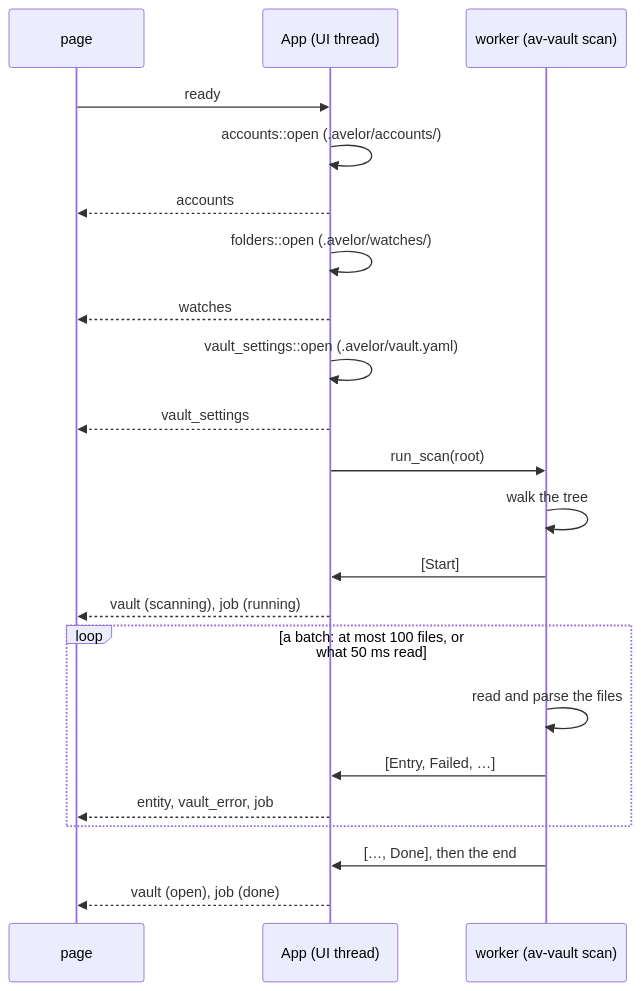
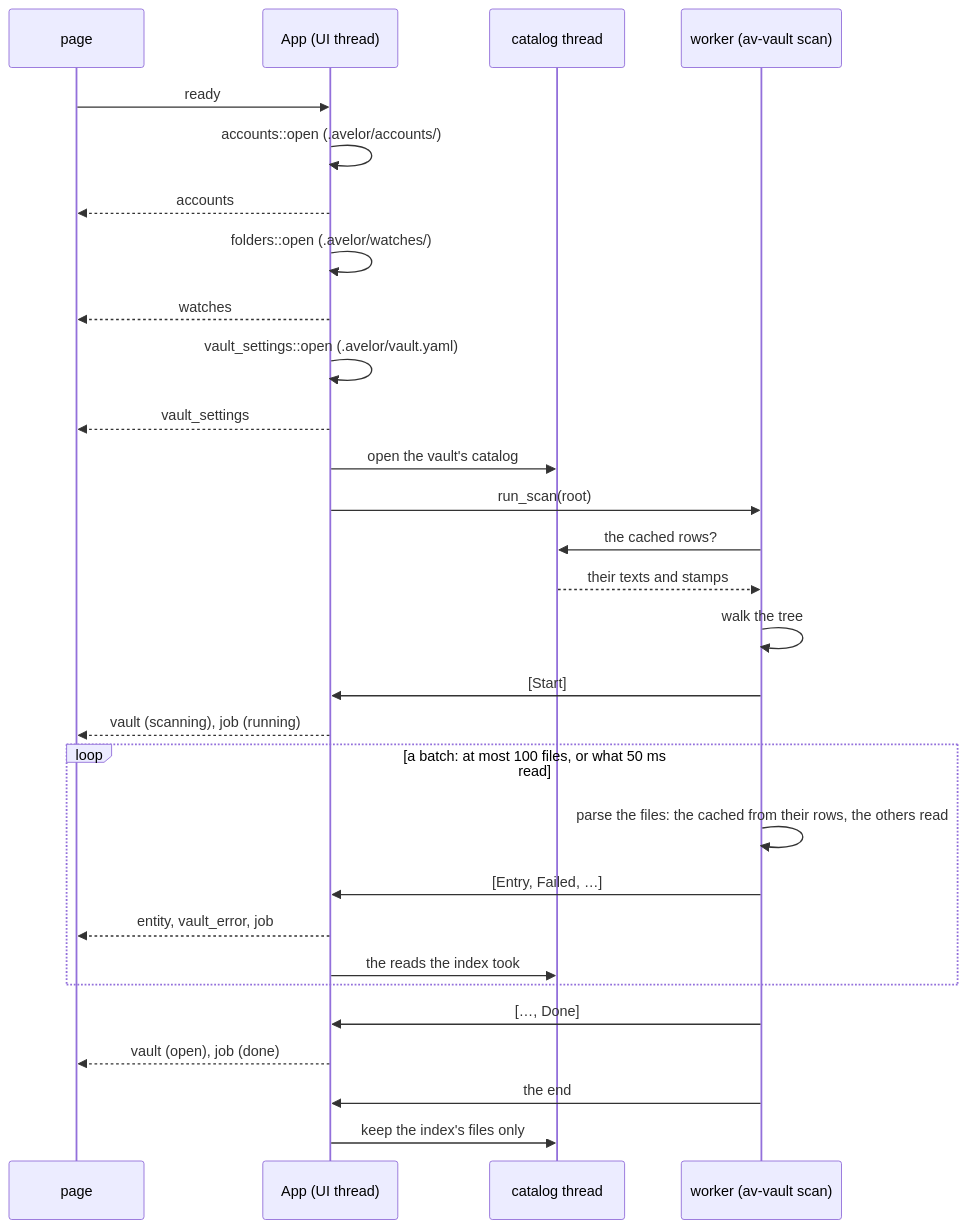
One commit to steschu77/avelor changed the diagram in docs/vault.md. Above: the diagram before and after it, drawn with Mermaid. The commit also changed other lines of this file and 16 other files, not shown here.

````diff
--- a/docs/vault.md
+++ b/docs/vault.md
@@ -775,24 +780,31 @@
 ```mermaid
 sequenceDiagram
     participant P as page
     participant S as App (UI thread)
+    participant C as catalog thread
     participant W as worker (av-vault scan)
     P->>S: ready
     S->>S: accounts::open (.avelor/accounts/)
     S-->>P: accounts
     S->>S: folders::open (.avelor/watches/)
     S-->>P: watches
     S->>S: vault_settings::open (.avelor/vault.yaml)
     S-->>P: vault_settings
+    S->>C: open the vault's catalog
     S->>W: run_scan(root)
+    W->>C: the cached rows?
+    C-->>W: their texts and stamps
     W->>W: walk the tree
     W->>S: [Start]
     S-->>P: vault (scanning), job (running)
     loop a batch: at most 100 files, or what 50 ms read
-        W->>W: read and parse the files
+        W->>W: parse the files: the cached from their rows, the others read
         W->>S: [Entry, Failed, …]
         S-->>P: entity, vault_error, job
+        S->>C: the reads the index took
     end
-    W->>S: […, Done], then the end
+    W->>S: […, Done]
     S-->>P: vault (open), job (done)
+    W->>S: the end
+    S->>C: keep the index's files only
 ```
````
